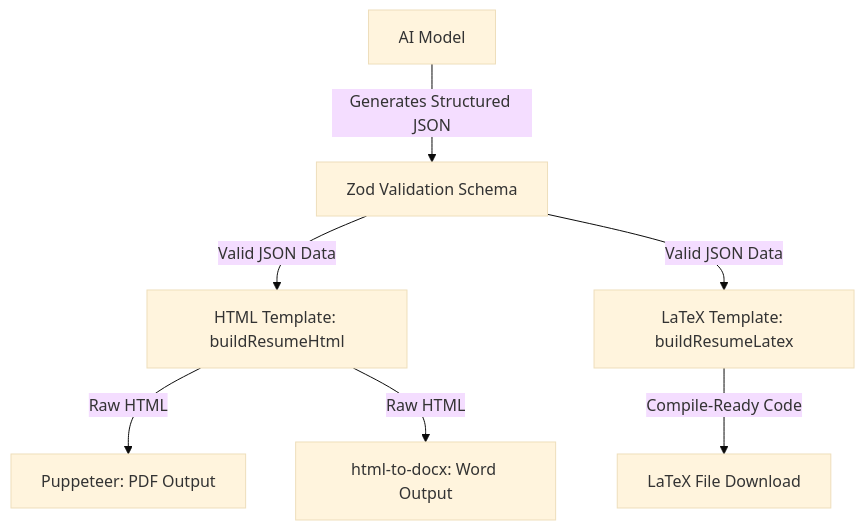
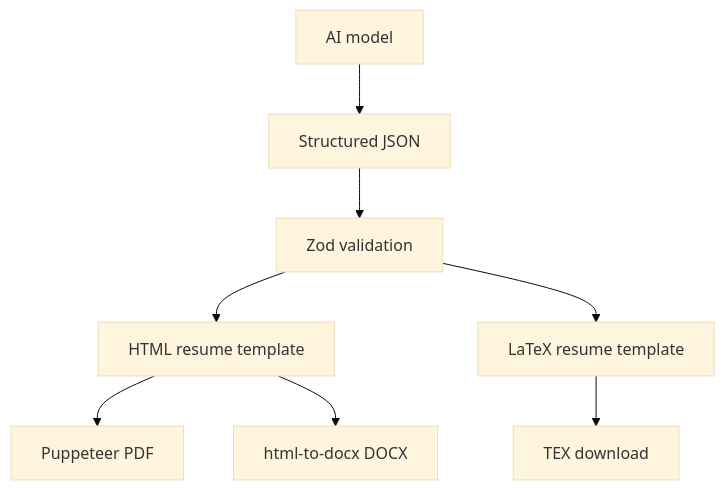
Before and after one commit to pahwajii/CareerOs: the diagram in README.md, drawn with Mermaid (base theme). The commit also changed other lines of this file and 24 other files, not shown here.

````diff
--- a/README.md
+++ b/README.md
@@ -92,9 +280,10 @@
 ```mermaid
 graph TD
-    A[AI Model] -- Generates Structured JSON --> B[Zod Validation Schema]
-    B -- Valid JSON Data --> C[HTML Template: buildResumeHtml]
-    B -- Valid JSON Data --> D[LaTeX Template: buildResumeLatex]
-    C -- Raw HTML --> E[Puppeteer: PDF Output]
-    C -- Raw HTML --> F[html-to-docx: Word Output]
-    D -- Compile-Ready Code --> G[LaTeX File Download]
+  A[AI model] --> B[Structured JSON]
+  B --> C[Zod validation]
+  C --> D[HTML resume template]
+  C --> E[LaTeX resume template]
+  D --> F[Puppeteer PDF]
+  D --> G[html-to-docx DOCX]
+  E --> H[TEX download]
 ```
````
